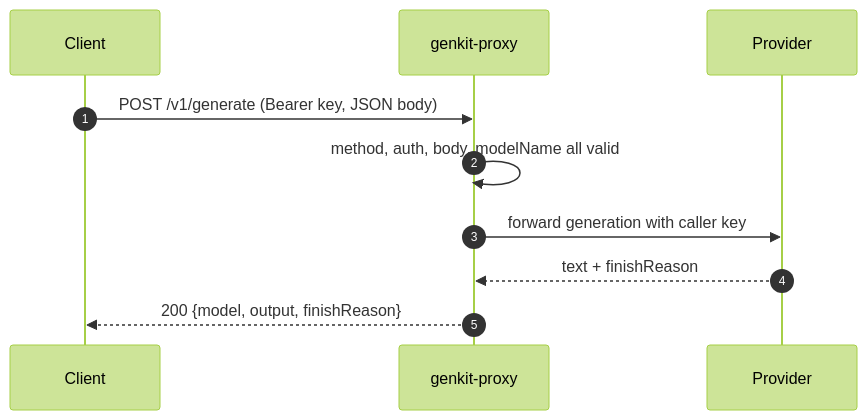
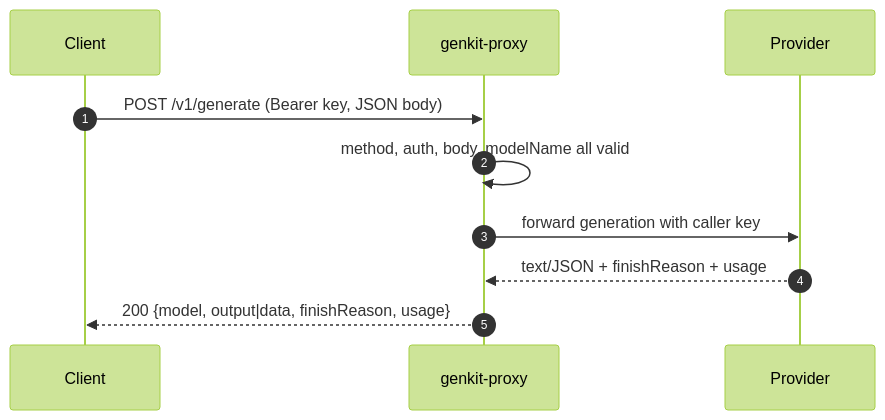
Before and after one commit to nicolapasqua99/genkit-proxy: the first of 7 diagrams in docs/api.md, drawn with Mermaid (forest theme). The commit also changed other lines of this file and 6 other files, not shown here.

````diff
--- a/docs/api.md
+++ b/docs/api.md
@@ -98,13 +120,13 @@
 ```mermaid
 sequenceDiagram
     autonumber
     participant C as Client
     participant X as genkit-proxy
     participant P as Provider
 
     C->>X: POST /v1/generate (Bearer key, JSON body)
     X->>X: method, auth, body, modelName all valid
     X->>P: forward generation with caller key
-    P-->>X: text + finishReason
-    X-->>C: 200 {model, output, finishReason}
+    P-->>X: text/JSON + finishReason + usage
+    X-->>C: 200 {model, output|data, finishReason, usage}
 ```
````
